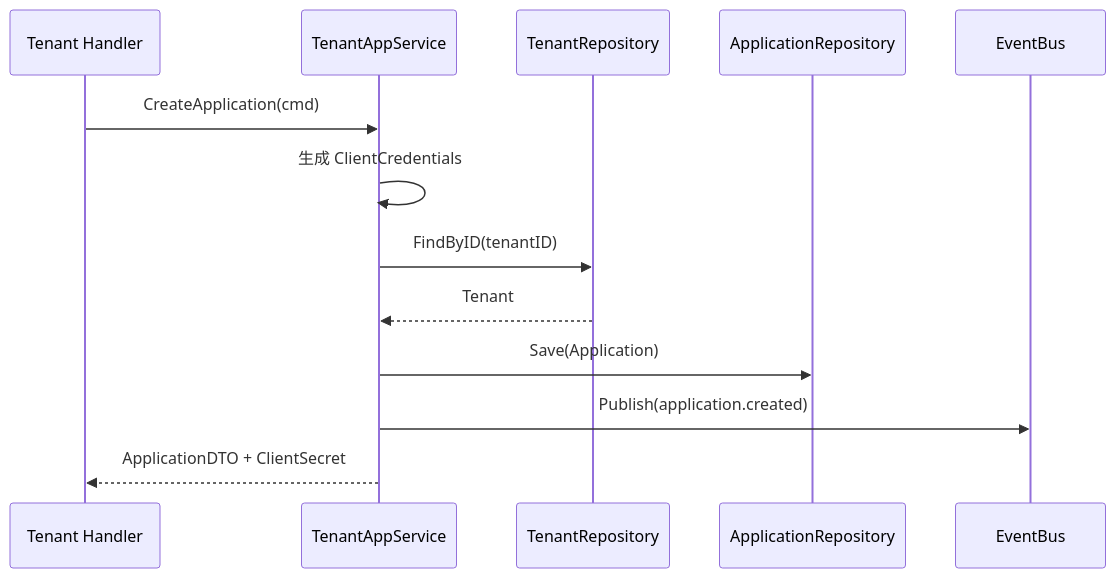
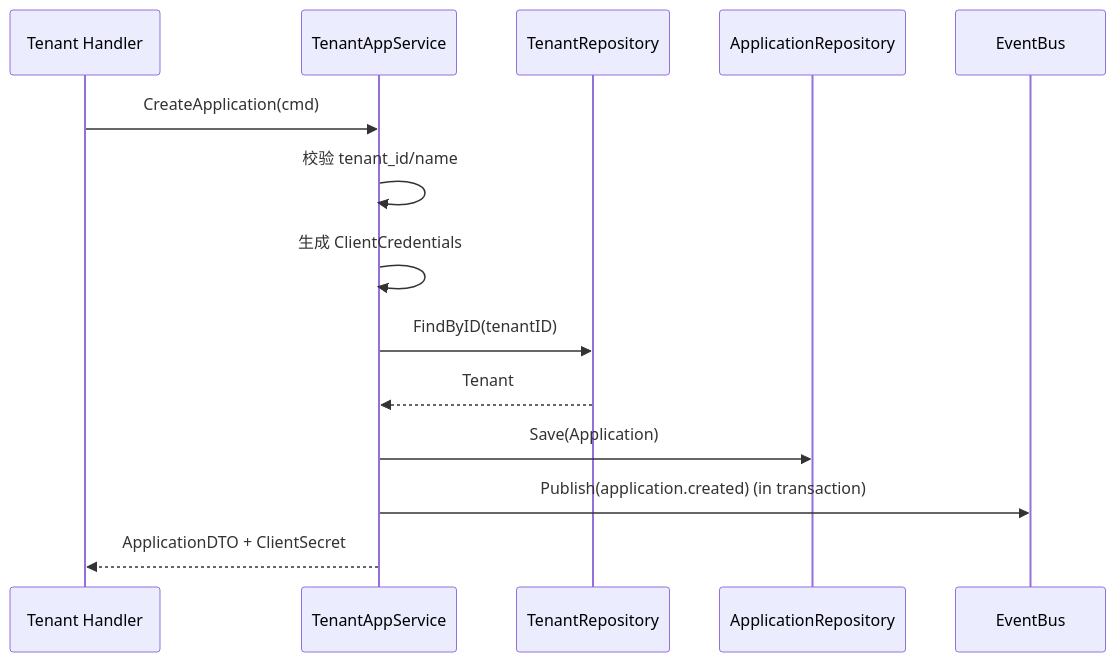
The third of 4 diagrams in docs/design/10-tenant-context.md (hero-elio/openiam), drawn with Mermaid before and after one commit. The commit also changed other lines of this file and 10 other files, not shown here.

````diff
--- a/docs/design/10-tenant-context.md
+++ b/docs/design/10-tenant-context.md
@@ -78,16 +84,17 @@
 ```mermaid
 sequenceDiagram
   participant API as Tenant Handler
   participant App as TenantAppService
   participant TRepo as TenantRepository
   participant ARepo as ApplicationRepository
   participant Bus as EventBus
 
   API->>App: CreateApplication(cmd)
+  App->>App: 校验 tenant_id/name
   App->>App: 生成 ClientCredentials
   App->>TRepo: FindByID(tenantID)
   TRepo-->>App: Tenant
   App->>ARepo: Save(Application)
-  App->>Bus: Publish(application.created)
+  App->>Bus: Publish(application.created) (in transaction)
   App-->>API: ApplicationDTO + ClientSecret
 ```
````
